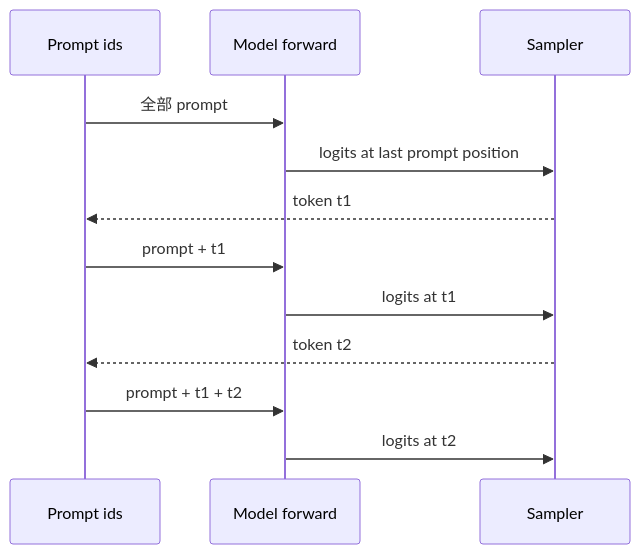
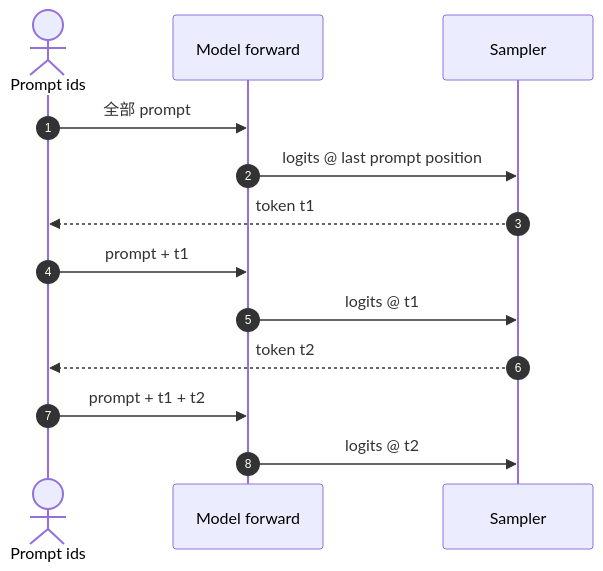
One commit to xiangel/llm-inference-course changed the second of 2 diagrams in src/content/docs/01-transformer/01-generate-one-token.mdx. Above: the diagram before and after it, drawn with Mermaid. The commit also changed other lines of this file and 9 other files, not shown here.

First line of the commit message:
Restyle architecture diagrams to match the book palette

````diff
--- a/src/content/docs/01-transformer/01-generate-one-token.mdx
+++ b/src/content/docs/01-transformer/01-generate-one-token.mdx
@@ -112,14 +127,16 @@
 ```mermaid
 sequenceDiagram
-  participant P as Prompt ids
+  autonumber
+  actor P as Prompt ids
   participant M as Model forward
   participant S as Sampler
+
   P->>M: 全部 prompt
-  M->>S: logits at last prompt position
+  M->>S: logits @ last prompt position
   S-->>P: token t1
   P->>M: prompt + t1
-  M->>S: logits at t1
+  M->>S: logits @ t1
   S-->>P: token t2
   P->>M: prompt + t1 + t2
-  M->>S: logits at t2
+  M->>S: logits @ t2
 ```
````
